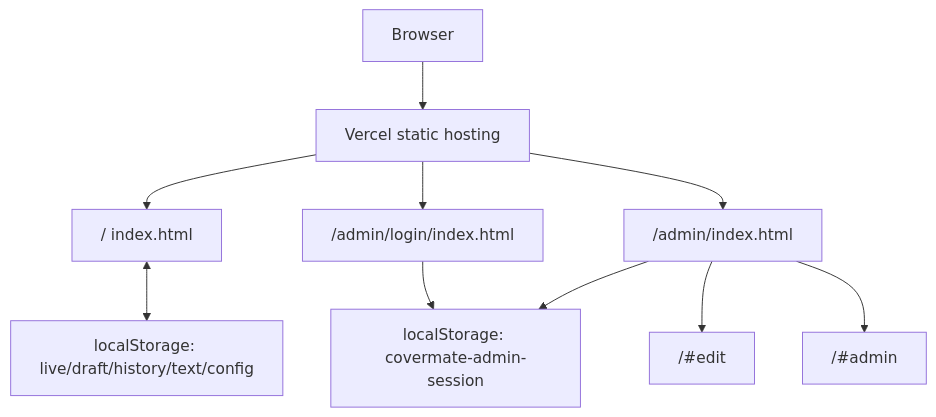
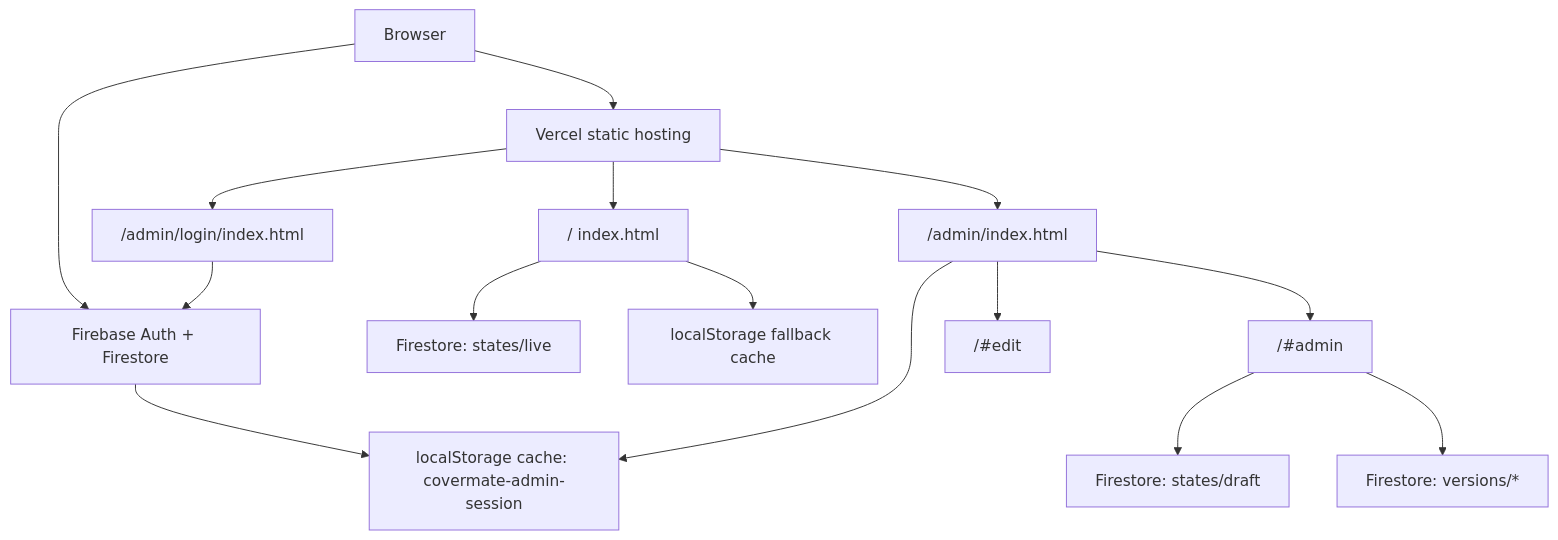
The diagram in docs/ARCHITECTURE.md (purichw/CoverMate), drawn with Mermaid before and after one commit. The commit also changed other lines of this file and 28 other files, not shown here.

````diff
--- a/docs/ARCHITECTURE.md
+++ b/docs/ARCHITECTURE.md
@@ -15,12 +17,17 @@
 ```mermaid
 flowchart TD
   Browser["Browser"] --> Vercel["Vercel static hosting"]
   Vercel --> Public["/ index.html"]
   Vercel --> Login["/admin/login/index.html"]
   Vercel --> Launcher["/admin/index.html"]
-  Public <--> Store["localStorage: live/draft/history/text/config"]
-  Login --> Session["localStorage: covermate-admin-session"]
+  Browser --> Firebase["Firebase Auth + Firestore"]
+  Public --> Live["Firestore: states/live"]
+  Public --> Store["localStorage fallback cache"]
+  PublicAdmin --> Draft["Firestore: states/draft"]
+  PublicAdmin --> Versions["Firestore: versions/*"]
+  Login --> Firebase
+  Firebase --> Session["localStorage cache: covermate-admin-session"]
   Launcher --> Session
   Launcher --> PublicEdit["/#edit"]
   Launcher --> PublicAdmin["/#admin"]
 ```
````
